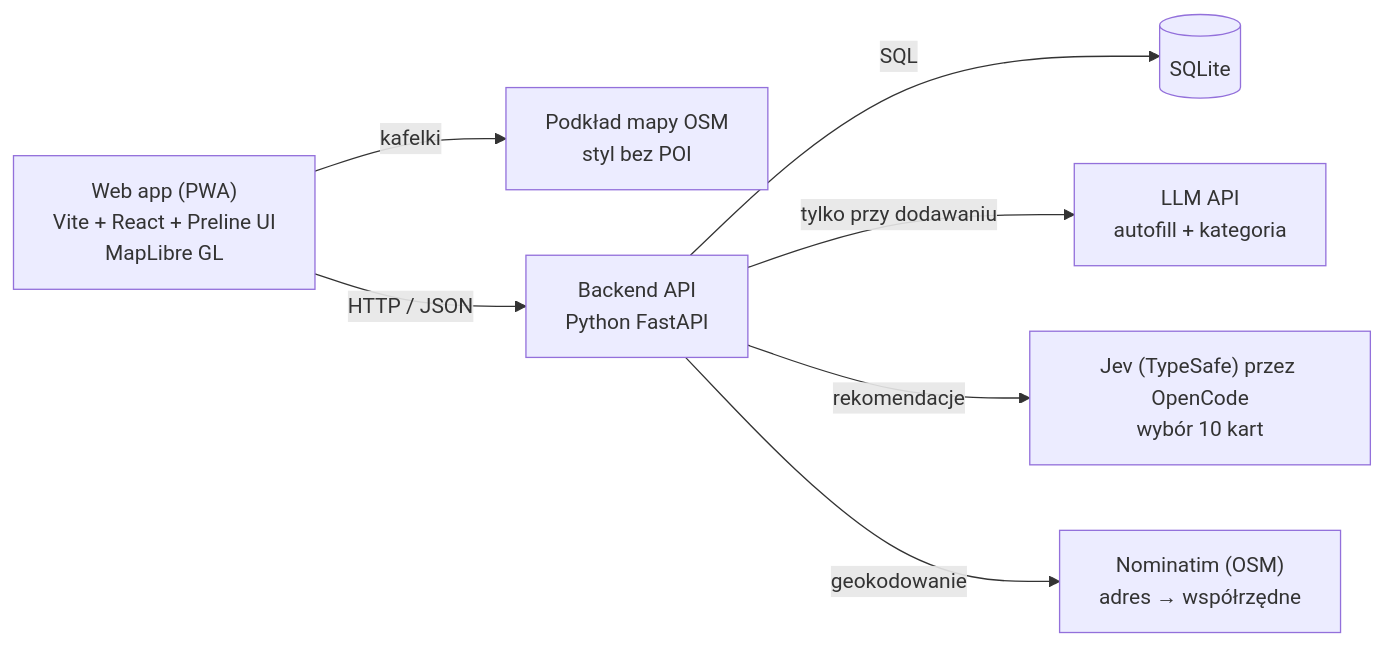
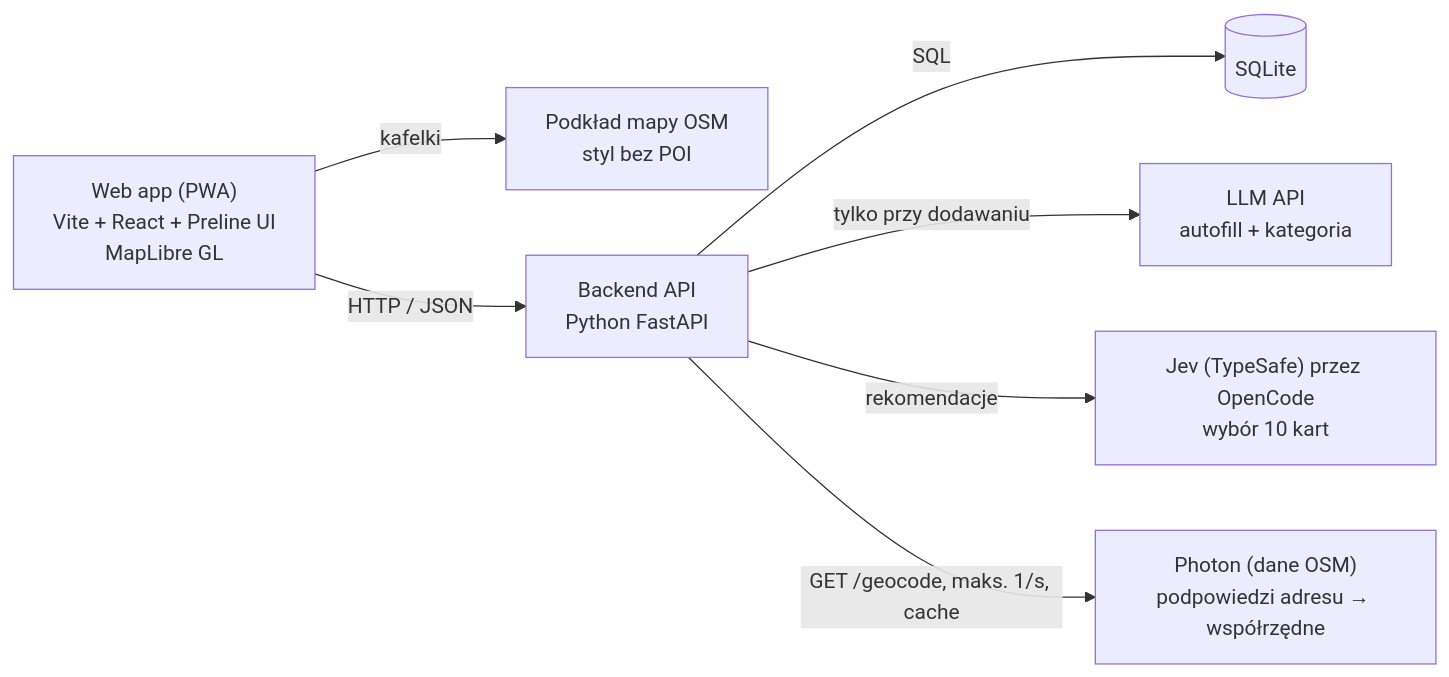
One commit to hackyeahKrakow/project changed the diagram in docs/ARCHITECTURE.md. Above: the diagram before and after it, drawn with Mermaid. The commit also changed 33 other files, not shown here.

````diff
--- a/docs/ARCHITECTURE.md
+++ b/docs/ARCHITECTURE.md
@@ -5,16 +5,16 @@
 ```mermaid
 flowchart LR
   FE["Web app (PWA)<br/>Vite + React + Preline UI<br/>MapLibre GL"]
   TILES["Podkład mapy OSM<br/>styl bez POI"]
   API["Backend API<br/>Python FastAPI"]
   DB[("SQLite")]
   LLM["LLM API<br/>autofill + kategoria"]
   JEV["Jev (TypeSafe) przez OpenCode<br/>wybór 10 kart"]
-  GEO["Nominatim (OSM)<br/>adres → współrzędne"]
+  GEO["Photon (dane OSM)<br/>podpowiedzi adresu → współrzędne"]
   FE -- kafelki --> TILES
   FE -- "HTTP / JSON" --> API
   API -- SQL --> DB
   API -- "tylko przy dodawaniu" --> LLM
   API -- "rekomendacje" --> JEV
-  API -- geokodowanie --> GEO
+  API -- "GET /geocode, maks. 1/s, cache" --> GEO
 ```
````
